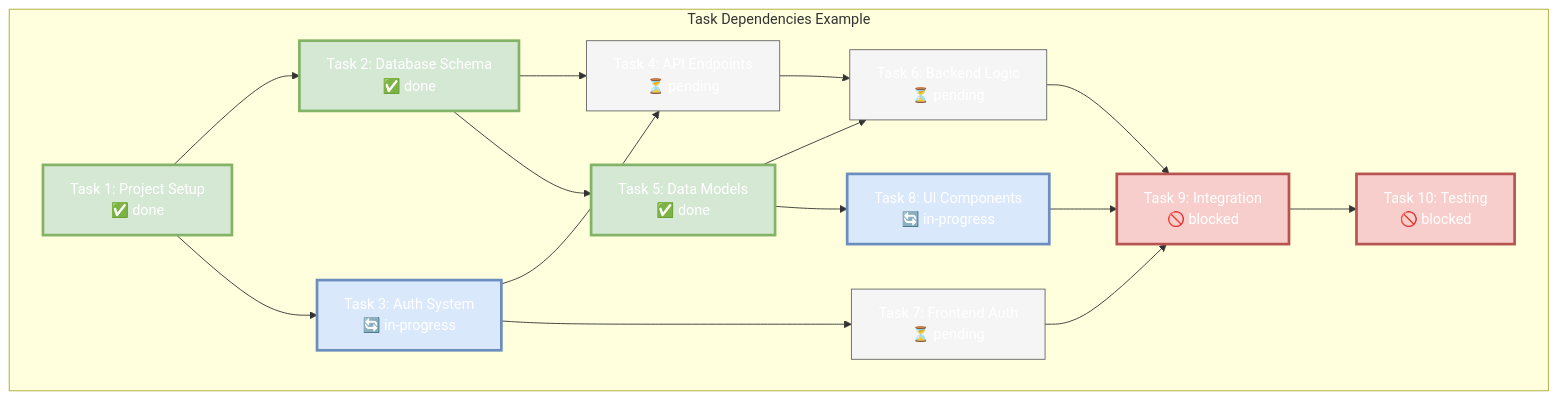
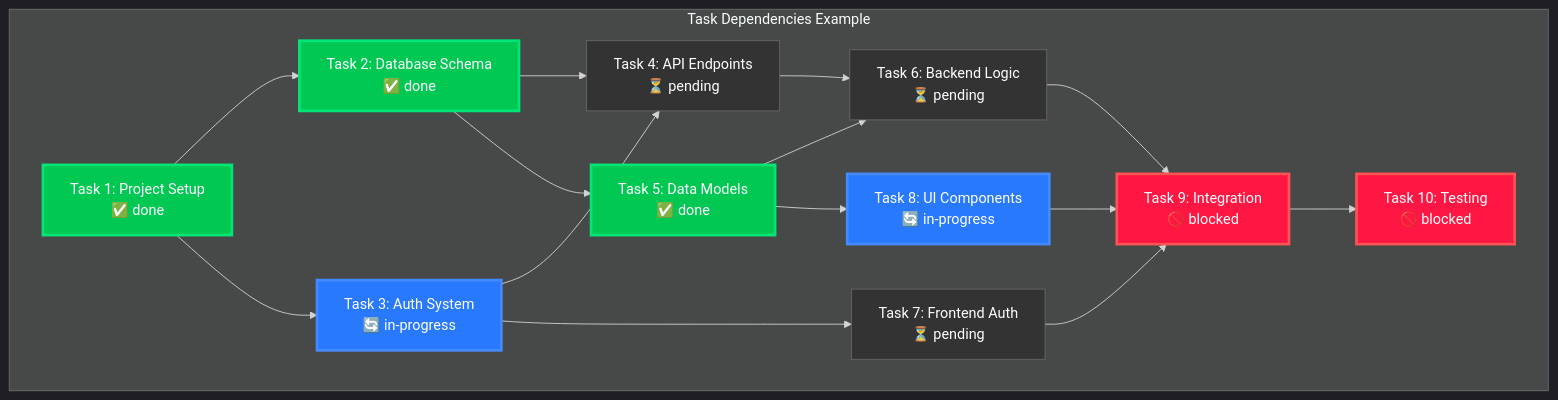
Before and after one commit to colours93/cursor_workflow: the third of 4 diagrams in docs/workflow-guide.md, drawn with Mermaid.

Commit message:
Update Task Dependencies diagram with vibrant colors on dark background

````diff
--- a/docs/workflow-guide.md
+++ b/docs/workflow-guide.md
@@ -378,28 +378,29 @@
 ```mermaid
+%%{init: {'theme': 'dark', 'themeVariables': { 'darkMode': true, 'background': '#000000' }}}%%
 graph TD
     subgraph "Task Dependencies Example"
         A["Task 1: Project Setup<br>✅ done"] --> B["Task 2: Database Schema<br>✅ done"]
         A --> C["Task 3: Auth System<br>🔄 in-progress"]
         B --> D["Task 4: API Endpoints<br>⏳ pending"]
         C --> D
         B --> E["Task 5: Data Models<br>✅ done"]
         E --> F["Task 6: Backend Logic<br>⏳ pending"]
         D --> F
         C --> G["Task 7: Frontend Auth<br>⏳ pending"]
         E --> H["Task 8: UI Components<br>🔄 in-progress"]
         F --> I["Task 9: Integration<br>🚫 blocked"]
         G --> I
         H --> I
         I --> J["Task 10: Testing<br>🚫 blocked"]
         
-        classDef done fill:#d5e8d4,stroke:#82b366,stroke-width:3px,color:white;
-        classDef progress fill:#dae8fc,stroke:#6c8ebf,stroke-width:3px,color:white;
-        classDef pending fill:#f5f5f5,stroke:#666666,stroke-width:1px,color:#FFFFFF;
-        classDef blocked fill:#f8cecc,stroke:#b85450,stroke-width:3px,color:white;
+        classDef done fill:#00C853,stroke:#00E676,stroke-width:3px,color:white;
+        classDef progress fill:#2979FF,stroke:#448AFF,stroke-width:3px,color:white;
+        classDef pending fill:#333333,stroke:#666666,stroke-width:1px,color:#FFFFFF;
+        classDef blocked fill:#FF1744,stroke:#FF5252,stroke-width:3px,color:white;
         
         class A,B,E done;
         class C,H progress;
         class D,F,G pending;
         class I,J blocked;
     end
 ```
````
